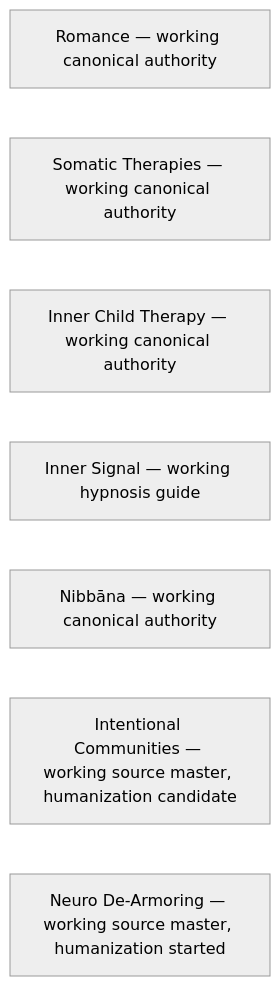
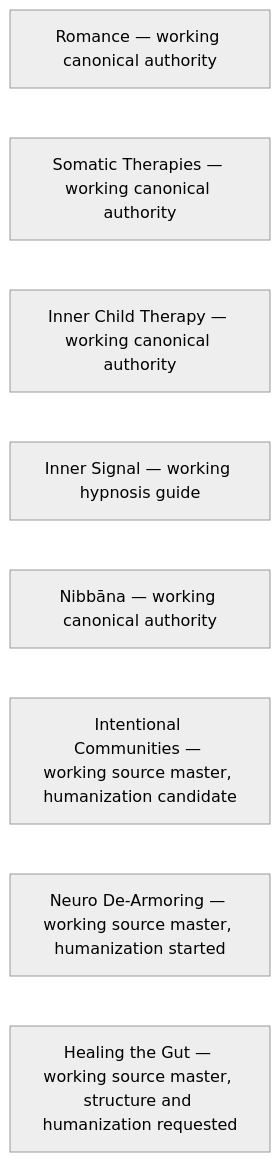
One commit to u-dont-existDOTcom/joel-articles changed the diagram in ARTICLE-META-MAP.md. Above: the diagram before and after it, drawn with Mermaid (neutral theme). The commit also changed other lines of this file and 15 other files, not shown here.

First line of the commit message:
Import Healing the Gut Naturally from Joel's pasted editor HTML (2026-11-03)

````diff
--- a/ARTICLE-META-MAP.md
+++ b/ARTICLE-META-MAP.md
@@ -13,10 +14,11 @@
 ```mermaid
 flowchart LR
     romance["Romance — working canonical authority"]
     somatic["Somatic Therapies — working canonical authority"]
     innerchild["Inner Child Therapy — working canonical authority"]
     hypnosis["Inner Signal — working hypnosis guide"]
     nibbana["Nibbāna — working canonical authority"]
     communities["Intentional Communities — working source master, humanization candidate"]
     neuro["Neuro De-Armoring — working source master, humanization started"]
+    gut["Healing the Gut — working source master, structure and humanization requested"]
 ```
````
